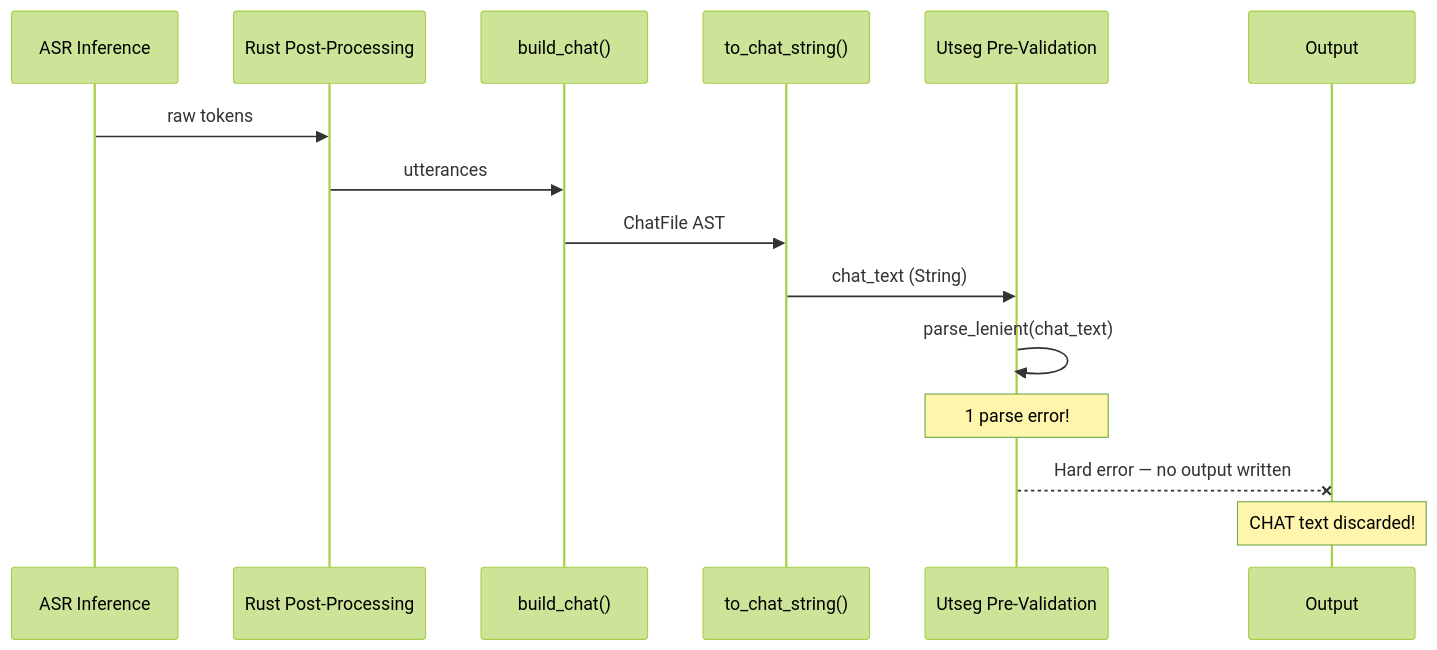
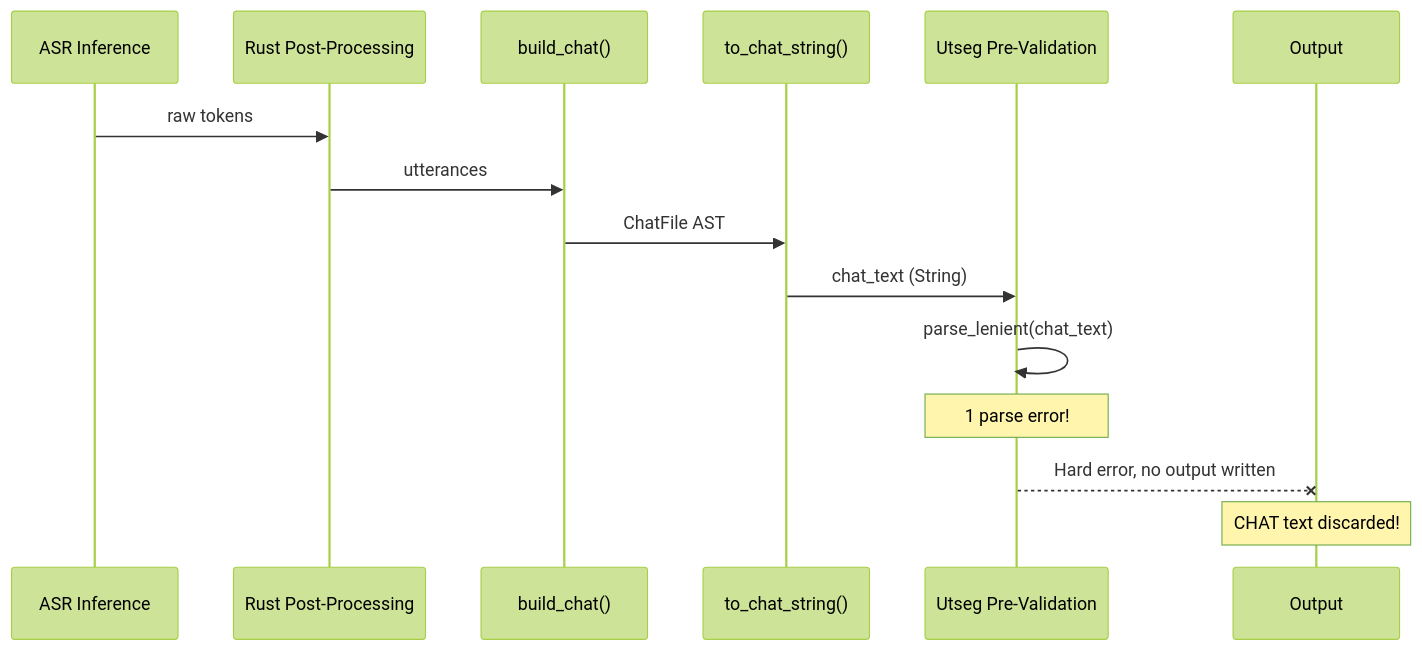
The second of 2 diagrams in book/src/batchalign/developer/chat-validation-failures.md (TalkBank/talkbank-tools), drawn with Mermaid (forest theme) before and after one commit. The commit also changed 706 other files, not shown here.

````diff
--- a/book/src/batchalign/developer/chat-validation-failures.md
+++ b/book/src/batchalign/developer/chat-validation-failures.md
@@ -80,18 +80,18 @@
 ```mermaid
 sequenceDiagram
     participant ASR as ASR Inference
     participant PP as Rust Post-Processing
     participant BC as build_chat()
     participant SER as to_chat_string()
     participant UT as Utseg Pre-Validation
     participant OUT as Output
 
     ASR->>PP: raw tokens
     PP->>BC: utterances
     BC->>SER: ChatFile AST
     SER->>UT: chat_text (String)
     UT->>UT: parse_lenient(chat_text)
     Note over UT: 1 parse error!
-    UT--xOUT: Hard error — no output written
+    UT--xOUT: Hard error, no output written
     Note over OUT: CHAT text discarded!
 ```
````
